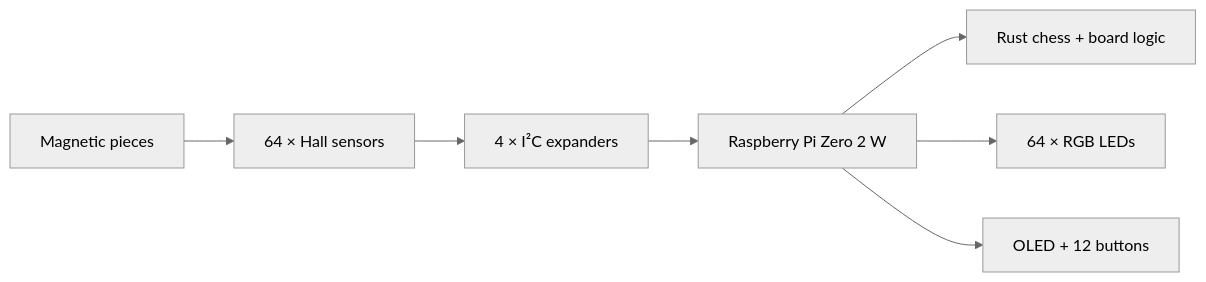
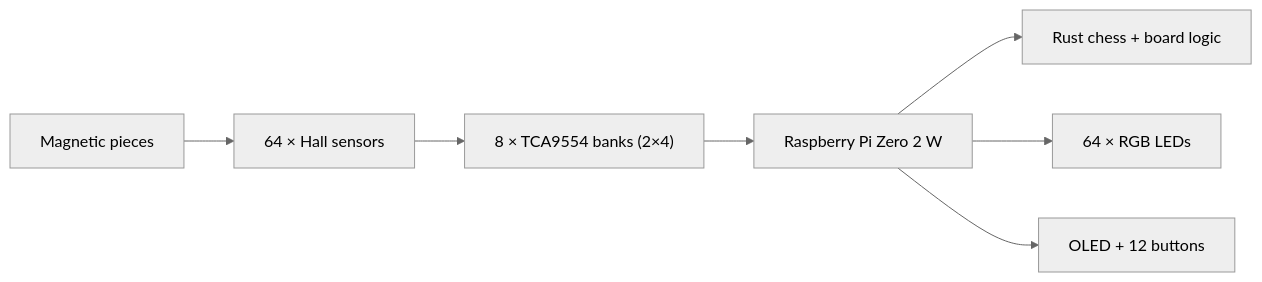
The diagram in README.md (nicksan222/chess), drawn with Mermaid (neutral theme) before and after one commit. The commit also changed other lines of this file and 6 other files, not shown here.

Commit message:
docs(hardware): document D-prototype sensor architecture

````diff
--- a/README.md
+++ b/README.md
@@ -83,9 +83,9 @@
 ```mermaid
 flowchart LR
     P["Magnetic pieces"] --> H["64 × Hall sensors"]
-    H --> E["4 × I²C expanders"]
+    H --> E["8 × TCA9554 banks (2×4)"]
     E --> PI["Raspberry Pi Zero 2 W"]
     PI --> R["Rust chess + board logic"]
     PI --> L["64 × RGB LEDs"]
     PI --> UI["OLED + 12 buttons"]
 ```
````
